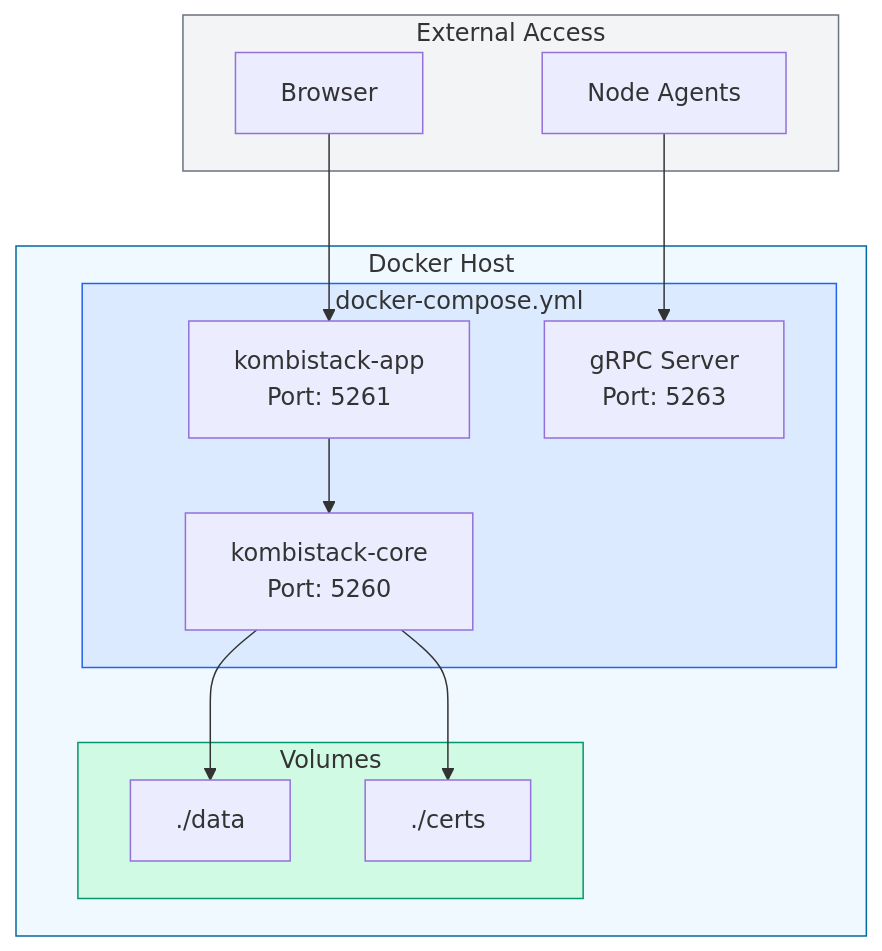
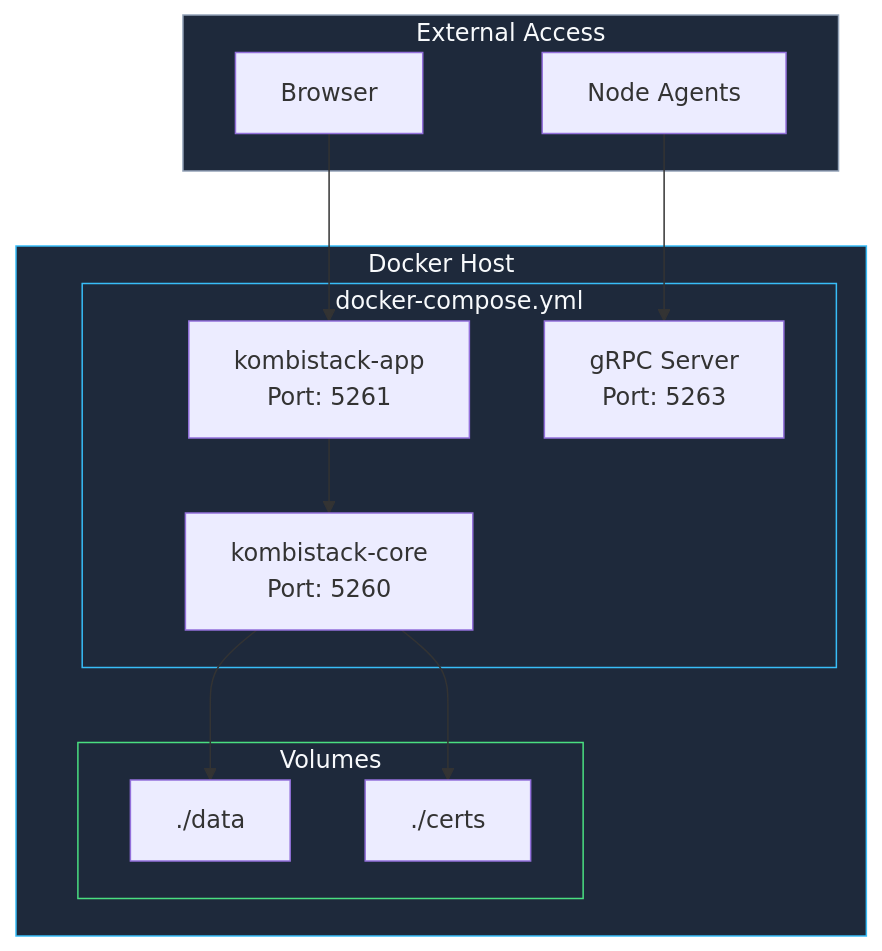
Before and after one commit to KombiverseLabs/docs: the diagram in stack/install/docker.mdx, drawn with Mermaid. The commit also changed 33 other files, not shown here.

````diff
--- a/stack/install/docker.mdx
+++ b/stack/install/docker.mdx
@@ -69,32 +69,32 @@
 ```mermaid
 graph TB
     subgraph Docker["Docker Host"]
         subgraph Compose["docker-compose.yml"]
             Core["kombistack-core<br/>Port: 5260"]
             App["kombistack-app<br/>Port: 5261"]
             gRPC["gRPC Server<br/>Port: 5263"]
         end
         
         subgraph Volumes
             Data["./data"]
             Certs["./certs"]
         end
         
         Core --> Data
         Core --> Certs
         App --> Core
     end
 
     subgraph External["External Access"]
         Browser["Browser"]
         Agents["Node Agents"]
     end
 
     Browser --> App
     Agents --> gRPC
 
-    style Docker fill:#f0f9ff,stroke:#0369a1
-    style Compose fill:#dbeafe,stroke:#2563eb
-    style Volumes fill:#d1fae5,stroke:#059669
-    style External fill:#f3f4f6,stroke:#6b7280
+    style Docker fill:#1e293b,stroke:#38bdf8,color:#f8fafc
+    style Compose fill:#1e293b,stroke:#38bdf8,color:#f8fafc
+    style Volumes fill:#1e293b,stroke:#4ade80,color:#f8fafc
+    style External fill:#1e293b,stroke:#94a3b8,color:#f8fafc
 ```
````
